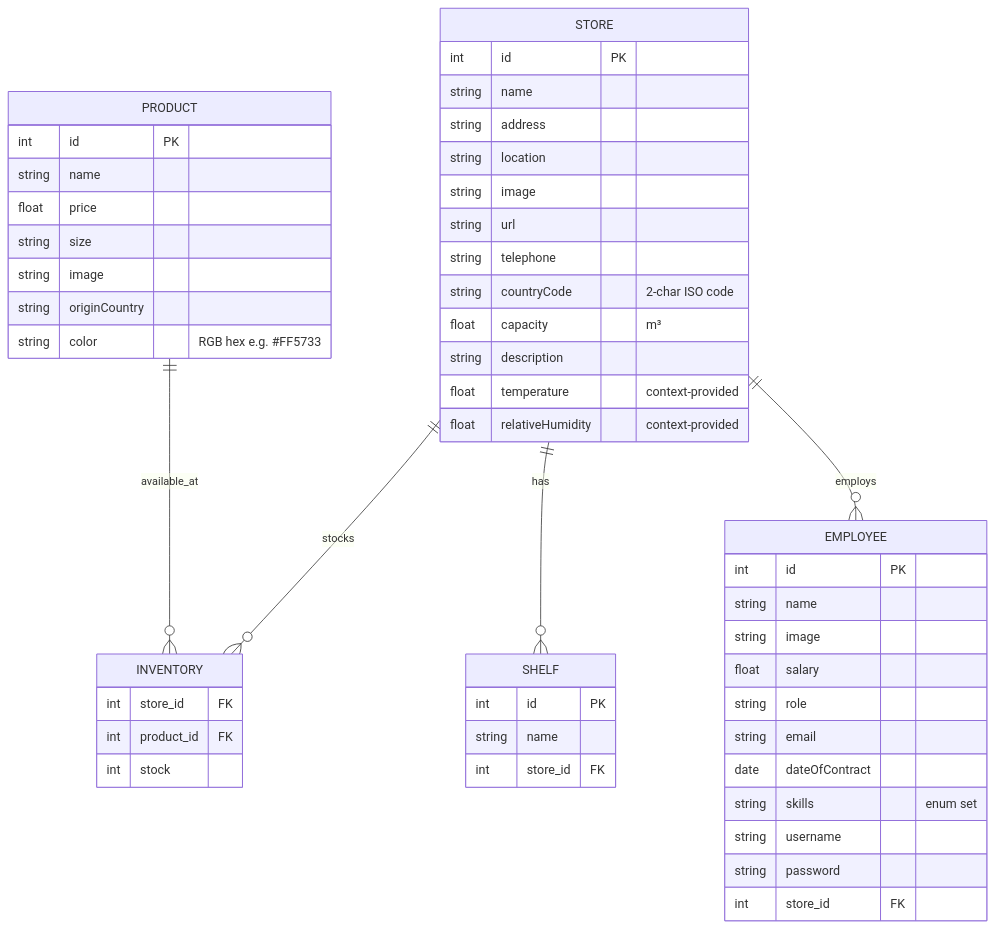
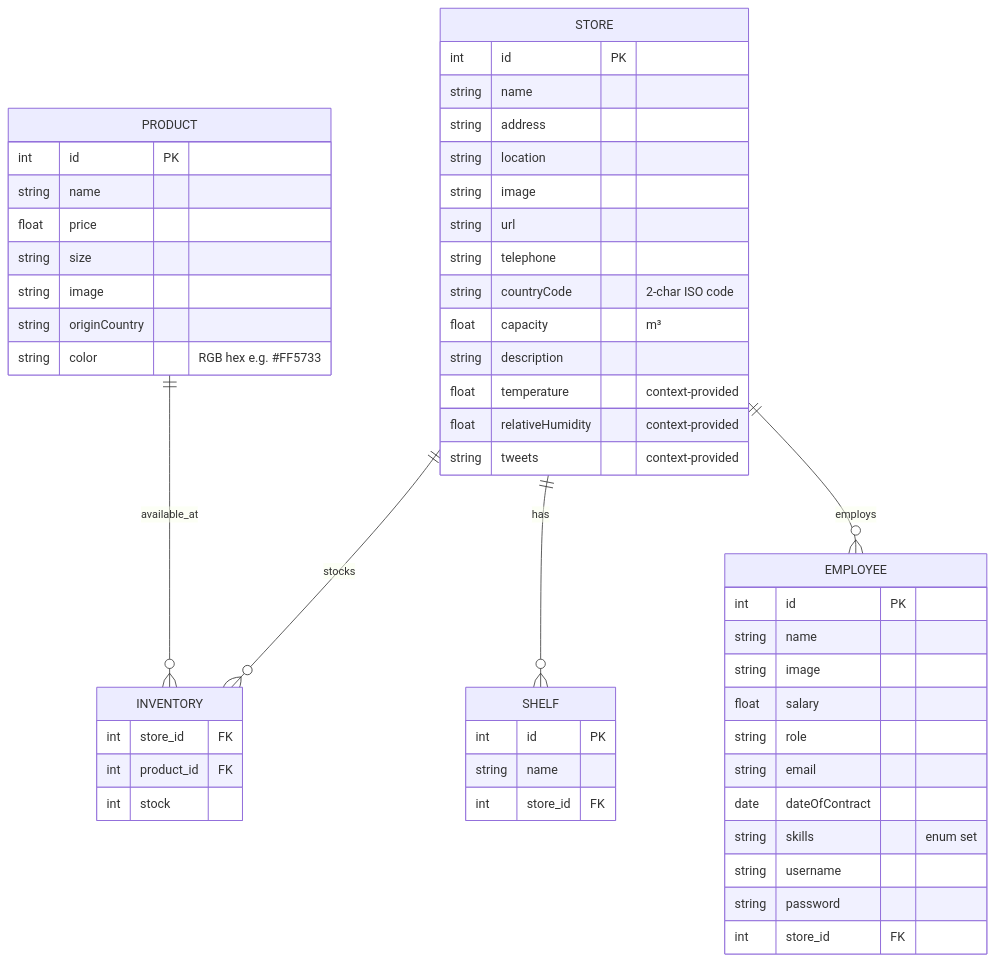
The diagram in data_model.md (Enrichpg/P2-XDEI), drawn with Mermaid before and after one commit. The commit also changed other lines of this file, not shown here.

````diff
--- a/data_model.md
+++ b/data_model.md
@@ -5,53 +5,54 @@
 ```mermaid
 erDiagram
     STORE ||--o{ INVENTORY : stocks
     PRODUCT ||--o{ INVENTORY : available_at
     STORE ||--o{ SHELF : has
     STORE ||--o{ EMPLOYEE : employs
     STORE {
         int id PK
         string name
         string address
         string location
         string image
         string url
         string telephone
         string countryCode "2-char ISO code"
         float capacity "m³"
         string description
         float temperature "context-provided"
         float relativeHumidity "context-provided"
+        string tweets "context-provided"
     }
     PRODUCT {
         int id PK
         string name
         float price
         string size
         string image
         string originCountry
         string color "RGB hex e.g. #FF5733"
     }
     INVENTORY {
         int store_id FK
         int product_id FK
         int stock
     }
     SHELF {
         int id PK
         string name
         int store_id FK
     }
     EMPLOYEE {
         int id PK
         string name
         string image
         float salary
         string role
         string email
         date dateOfContract
         string skills "enum set"
         string username
         string password
         int store_id FK
     }
 ```
````
